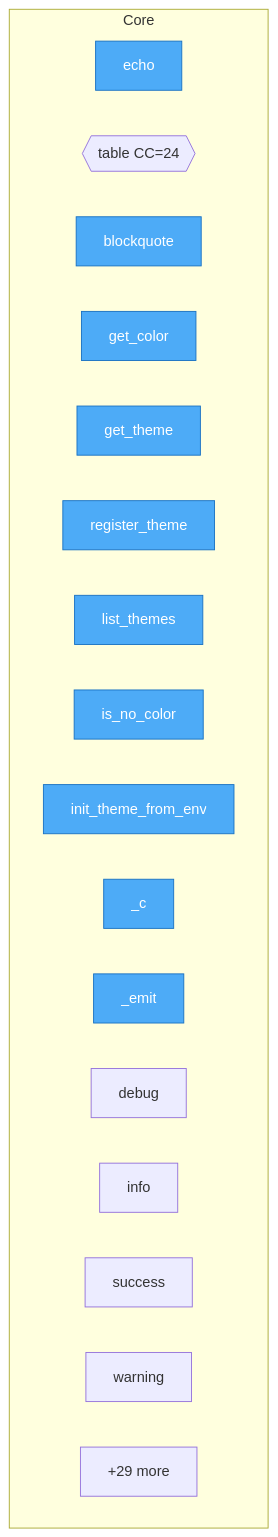
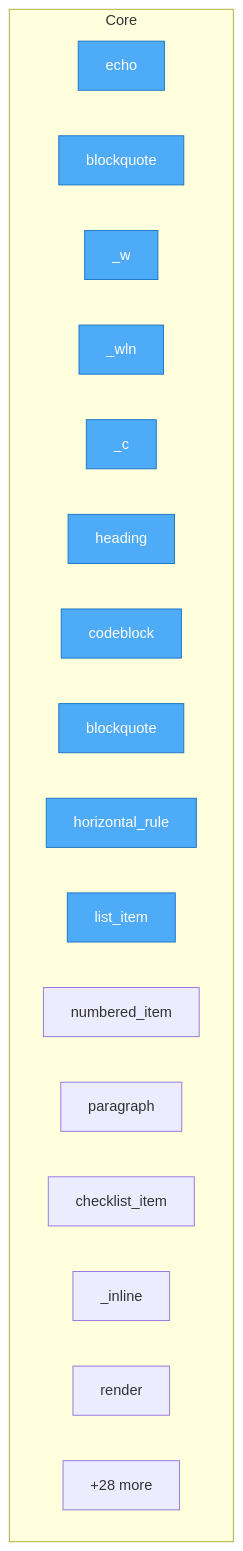
One commit to pyfunc/typermd changed the diagram in project/flow.mmd. Above: the diagram before and after it, drawn with Mermaid. The commit also changed 32 other files, not shown here.

```diff
--- a/project/flow.mmd
+++ b/project/flow.mmd
@@ -1,25 +1,25 @@
 flowchart TD
 
     %% Entry points (blue)
     classDef entry fill:#4dabf7,stroke:#1971c2,color:#fff
 
     subgraph Core
         src__typermd__echo["echo"]
-        src__typermd__table{{table CC=24}}
         src__typermd__blockquote["blockquote"]
-        src__typermd__themes__Theme__get_color["get_color"]
-        src__typermd__themes__get_theme["get_theme"]
-        src__typermd__themes__register_theme["register_theme"]
-        src__typermd__themes__list_themes["list_themes"]
-        src__typermd__themes__is_no_color["is_no_color"]
-        src__typermd__themes__init_theme_from_env["init_theme_from_env"]
-        src__typermd__logger__Logger___c["_c"]
-        src__typermd__logger__Logger___emit["_emit"]
-        src__typermd__logger__Logger__debug["debug"]
-        src__typermd__logger__Logger__info["info"]
-        src__typermd__logger__Logger__success["success"]
-        src__typermd__logger__Logger__warning["warning"]
-        ...["+29 more"]
+        src__typermd__renderer__MarkdownRenderer___w["_w"]
+        src__typermd__renderer__MarkdownRenderer___wln["_wln"]
+        src__typermd__renderer__MarkdownRenderer___c["_c"]
+        src__typermd__renderer__MarkdownRenderer__heading["heading"]
+        src__typermd__renderer__MarkdownRenderer__codeblock["codeblock"]
+        src__typermd__renderer__MarkdownRenderer__blockquote["blockquote"]
+        src__typermd__renderer__MarkdownRenderer__horizontal_rule["horizontal_rule"]
+        src__typermd__renderer__MarkdownRenderer__list_item["list_item"]
+        src__typermd__renderer__MarkdownRenderer__numbered_item["numbered_item"]
+        src__typermd__renderer__MarkdownRenderer__paragraph["paragraph"]
+        src__typermd__renderer__MarkdownRenderer__checklist_item["checklist_item"]
+        src__typermd__renderer__MarkdownRenderer___inline["_inline"]
+        src__typermd__renderer__MarkdownRenderer__render["render"]
+        ...["+28 more"]
     end
 
-    class src__typermd__echo,src__typermd__blockquote,src__typermd__themes__Theme__get_color,src__typermd__themes__get_theme,src__typermd__themes__register_theme,src__typermd__themes__list_themes,src__typermd__themes__is_no_color,src__typermd__themes__init_theme_from_env,src__typermd__logger__Logger___c,src__typermd__logger__Logger___emit entry
+    class src__typermd__echo,src__typermd__blockquote,src__typermd__renderer__MarkdownRenderer___w,src__typermd__renderer__MarkdownRenderer___wln,src__typermd__renderer__MarkdownRenderer___c,src__typermd__renderer__MarkdownRenderer__heading,src__typermd__renderer__MarkdownRenderer__codeblock,src__typermd__renderer__MarkdownRenderer__blockquote,src__typermd__renderer__MarkdownRenderer__horizontal_rule,src__typermd__renderer__MarkdownRenderer__list_item entry
```
